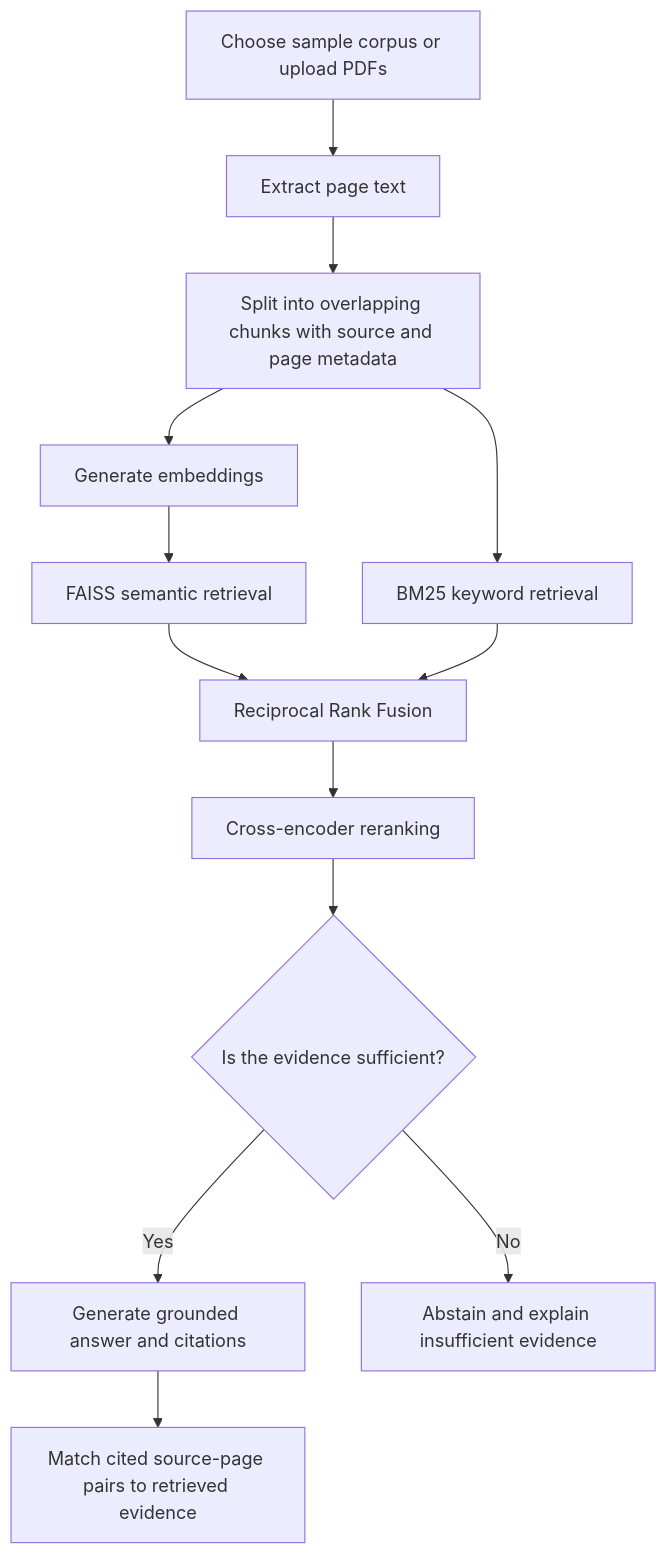
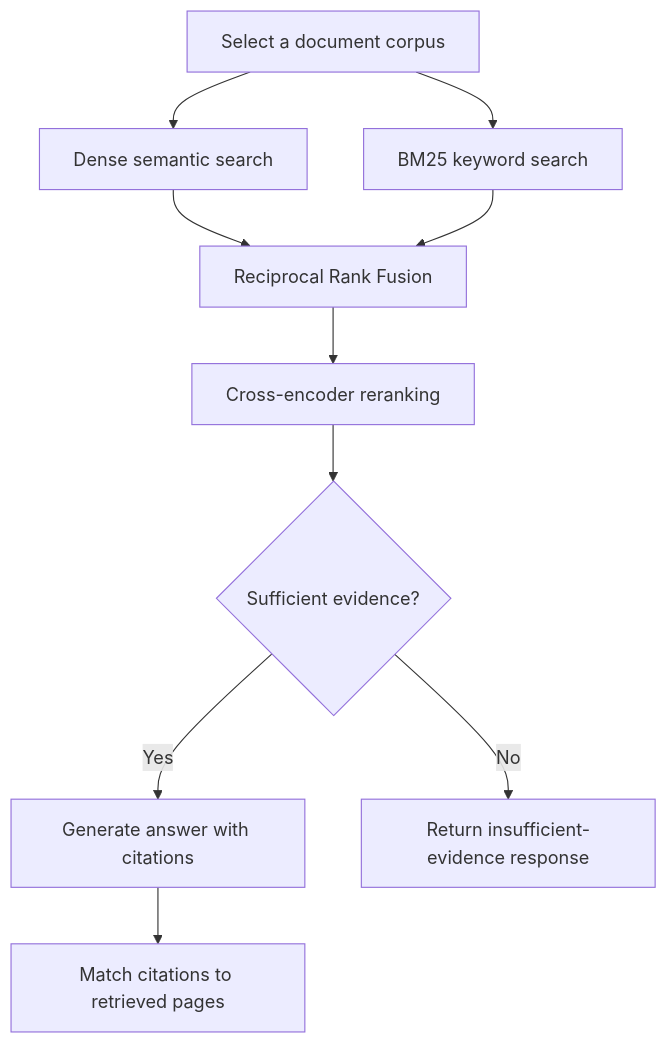
One commit to Ayesha-Ansa/research-evidence-analyst changed the diagram in README.md. Above: the diagram before and after it, drawn with Mermaid. The commit also changed other lines of this file, not shown here.

````diff
--- a/README.md
+++ b/README.md
@@ -41,15 +47,12 @@
 ```mermaid
 flowchart TD
-    A[Choose sample corpus or upload PDFs] --> B[Extract page text]
-    B --> C[Split into overlapping chunks with source and page metadata]
-    C --> D[Generate embeddings]
-    D --> E[FAISS semantic retrieval]
-    C --> F[BM25 keyword retrieval]
-    E --> G[Reciprocal Rank Fusion]
-    F --> G
-    G --> H[Cross-encoder reranking]
-    H --> I{Is the evidence sufficient?}
-    I -->|Yes| J[Generate grounded answer and citations]
-    I -->|No| K[Abstain and explain insufficient evidence]
-    J --> L[Match cited source-page pairs to retrieved evidence]
+    A["Select a document corpus"] --> B["Dense semantic search"]
+    A --> C["BM25 keyword search"]
+    B --> D["Reciprocal Rank Fusion"]
+    C --> D
+    D --> E["Cross-encoder reranking"]
+    E --> F{"Sufficient evidence?"}
+    F -->|Yes| G["Generate answer with citations"]
+    F -->|No| H["Return insufficient-evidence response"]
+    G --> I["Match citations to retrieved pages"]
 ```
````
